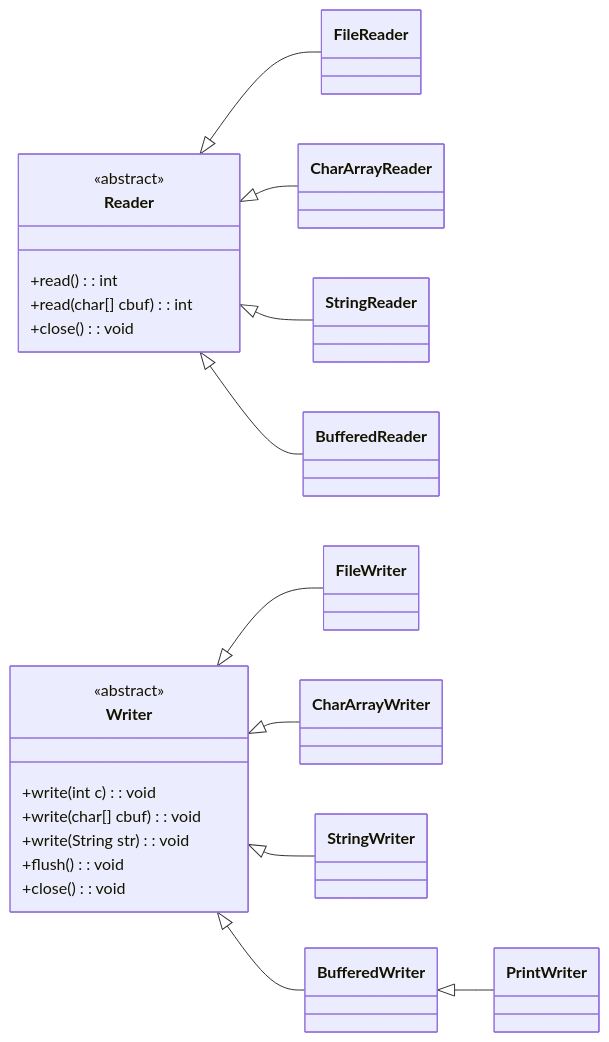
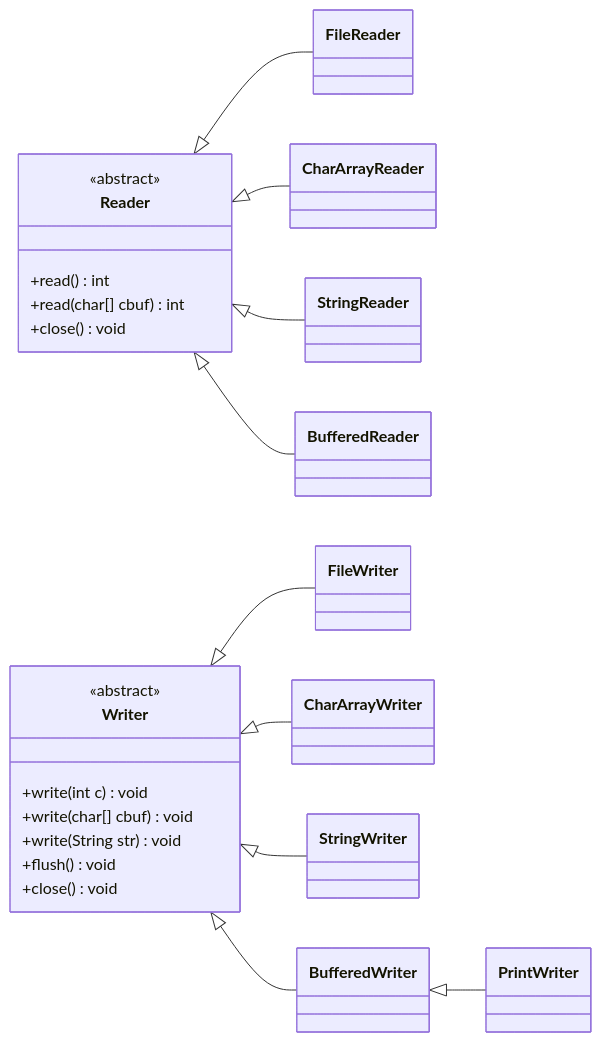
Before and after one commit to InfiniteAstral/notes: the diagram in 计算机科学/面向对象设计与Java编程/8 Java 输入-输出（I-O）/8-3 Java 字符流.md, drawn with Mermaid. The commit also changed 1 other file, not shown here.

Commit message:
docs: 修复 Mermaid 语法不规范

````diff
--- a/计算机科学/面向对象设计与Java编程/8 Java 输入-输出（I-O）/8-3 Java 字符流.md
+++ b/计算机科学/面向对象设计与Java编程/8 Java 输入-输出（I-O）/8-3 Java 字符流.md
@@ -40,40 +40,40 @@
 ```mermaid
 classDiagram
     direction LR
     class Reader {
         <<abstract>>
-        +read(): int
-        +read(char[] cbuf): int
-        +close(): void
+        +read() int
+        +read(char[] cbuf) int
+        +close() void
     }
     class Writer {
         <<abstract>>
-        +write(int c): void
-        +write(char[] cbuf): void
-        +write(String str): void
-        +flush(): void
-        +close(): void
+        +write(int c) void
+        +write(char[] cbuf) void
+        +write(String str) void
+        +flush() void
+        +close() void
     }
 
     class FileReader
     class CharArrayReader
     class StringReader
     class BufferedReader
 
     Reader <|-- FileReader
     Reader <|-- CharArrayReader
     Reader <|-- StringReader
     Reader <|-- BufferedReader
 
     class FileWriter
     class CharArrayWriter
     class StringWriter
     class BufferedWriter
     class PrintWriter
 
     Writer <|-- FileWriter
     Writer <|-- CharArrayWriter
     Writer <|-- StringWriter
     Writer <|-- BufferedWriter
     BufferedWriter <|-- PrintWriter
 ```
````
